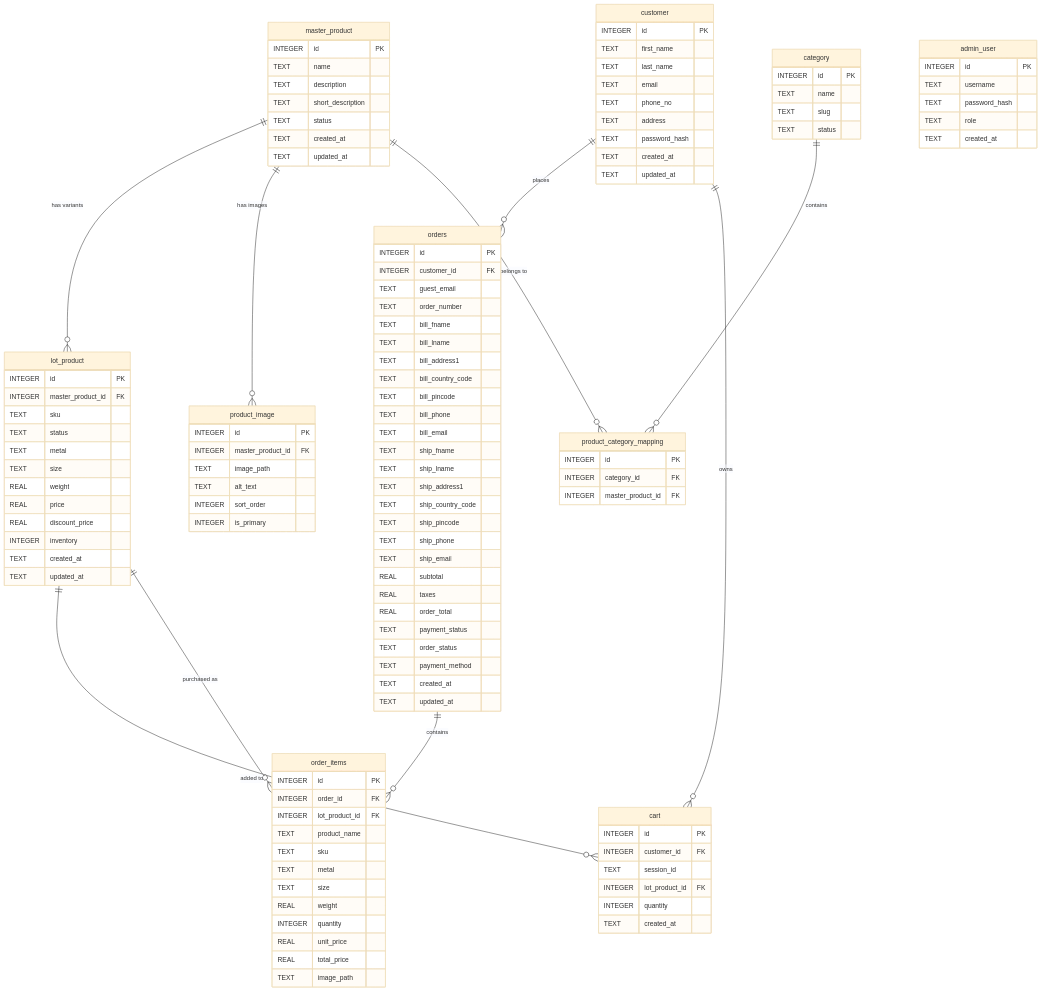
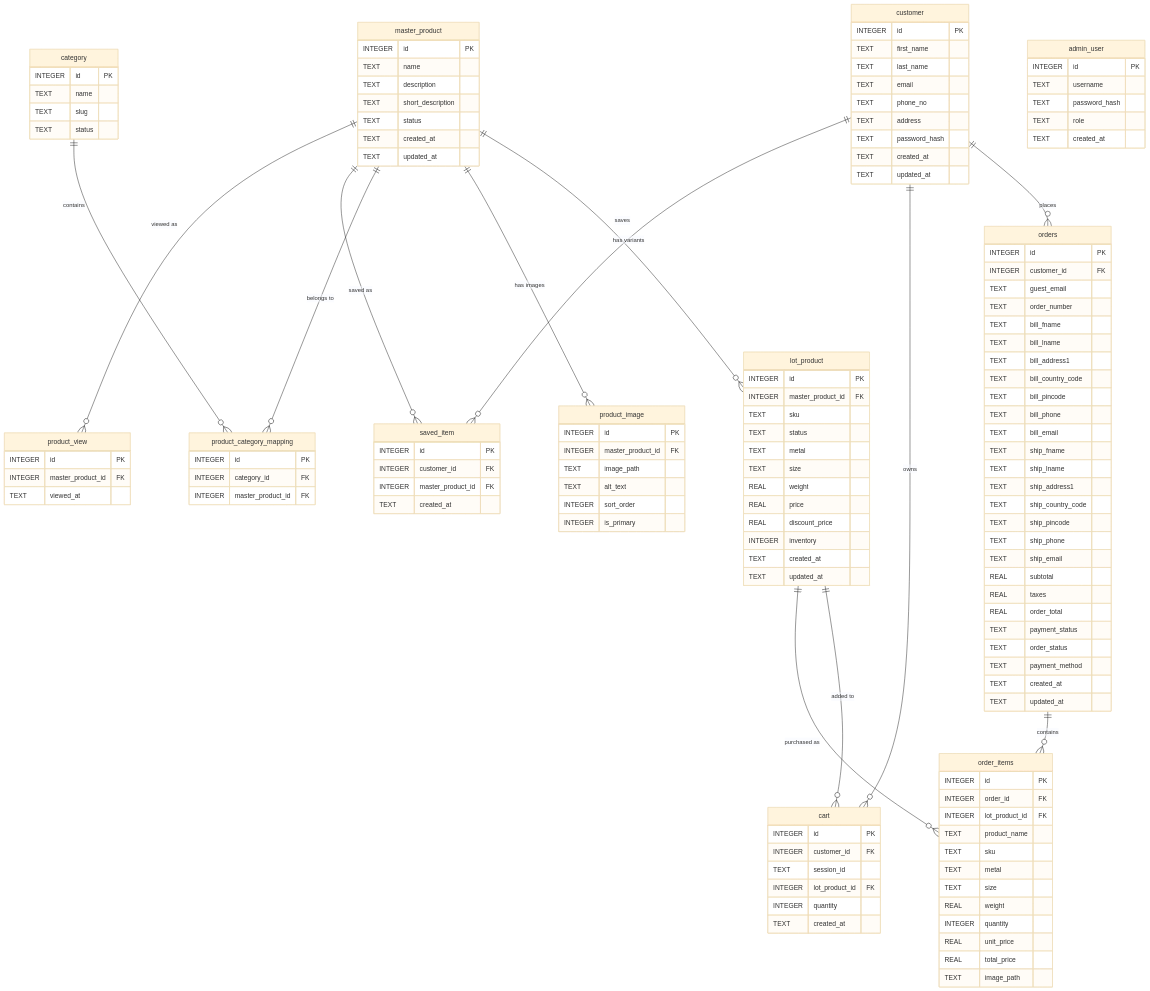
The first of 13 diagrams in ARCHITECTURE.md (kmk61003/IBD-TEAL-Synergy), drawn with Mermaid (base theme) before and after one commit. The commit also changed other lines of this file, not shown here.

Commit message:
docs(final-1): update ARCHITECTURE.md for final-1 branch with user flow chart and sequence diagrams

````diff
--- a/ARCHITECTURE.md
+++ b/ARCHITECTURE.md
@@ -234,13 +234,29 @@
         TEXT created_at
     }
 
+    saved_item {
+        INTEGER id PK
+        INTEGER customer_id FK
+        INTEGER master_product_id FK
+        TEXT created_at
+    }
+
+    product_view {
+        INTEGER id PK
+        INTEGER master_product_id FK
+        TEXT viewed_at
+    }
+
     master_product ||--o{ lot_product : "has variants"
     master_product ||--o{ product_image : "has images"
     master_product ||--o{ product_category_mapping : "belongs to"
     category ||--o{ product_category_mapping : "contains"
     customer ||--o{ orders : "places"
     customer ||--o{ cart : "owns"
+    customer ||--o{ saved_item : "saves"
     orders ||--o{ order_items : "contains"
     lot_product ||--o{ cart : "added to"
     lot_product ||--o{ order_items : "purchased as"
+    master_product ||--o{ saved_item : "saved as"
+    master_product ||--o{ product_view : "viewed as"
 ```
````
